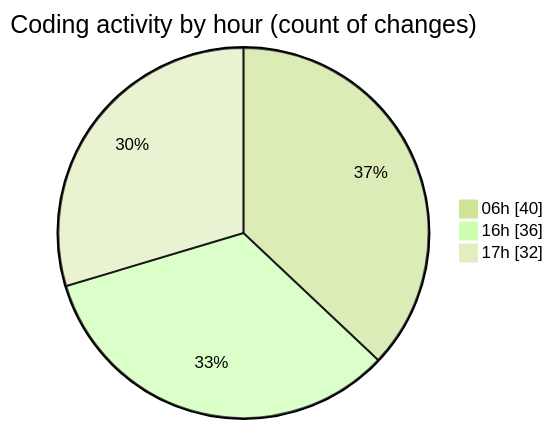
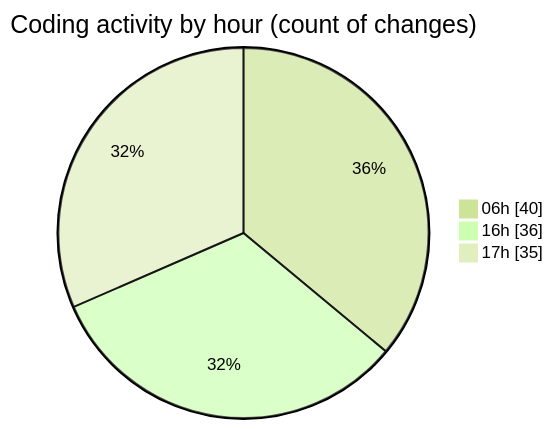
The second of 2 diagrams in 2025-02-25/micros/README.md (charlie-sans/code-tracking), drawn with Mermaid (forest theme) before and after one commit. The commit also changed other lines of this file and 1 other file, not shown here.

````diff
--- a/2025-02-25/micros/README.md
+++ b/2025-02-25/micros/README.md
@@ -66,7 +66,7 @@
 ```mermaid
 pie showData
 title Coding activity by hour (count of changes)
 "06h" : 40
 "16h" : 36
-"17h" : 32
+"17h" : 35
 ```
````
